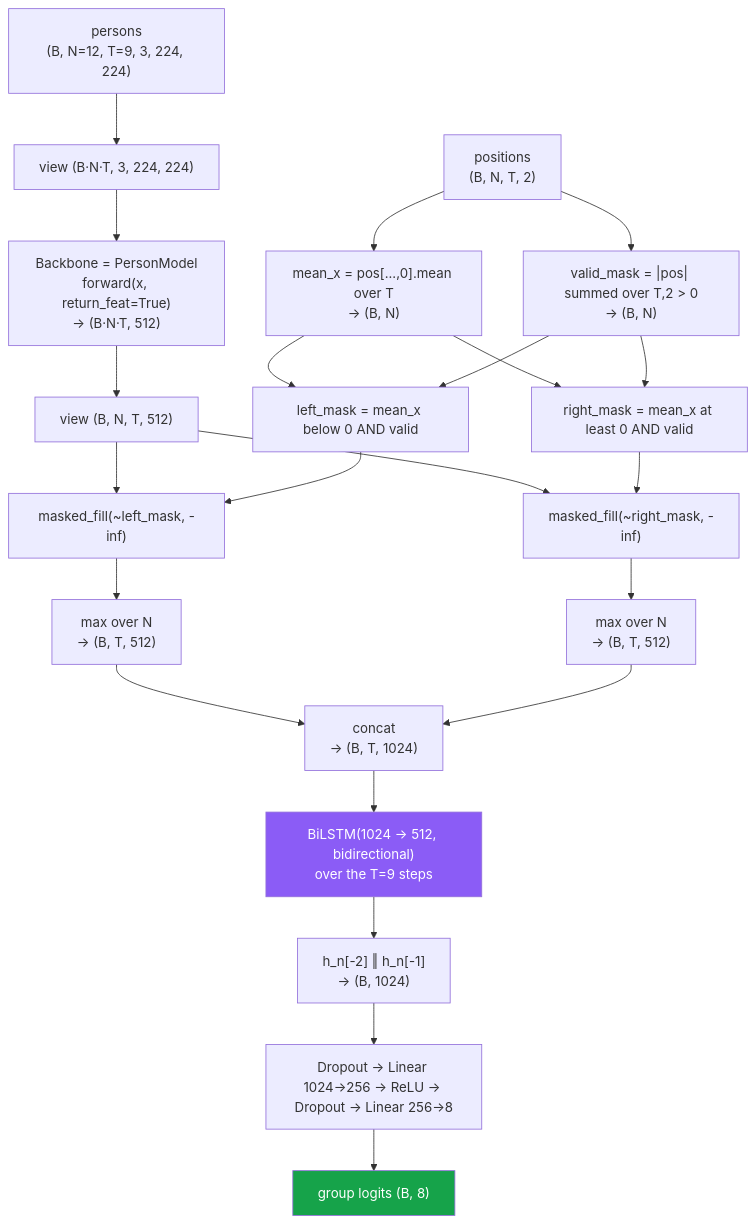
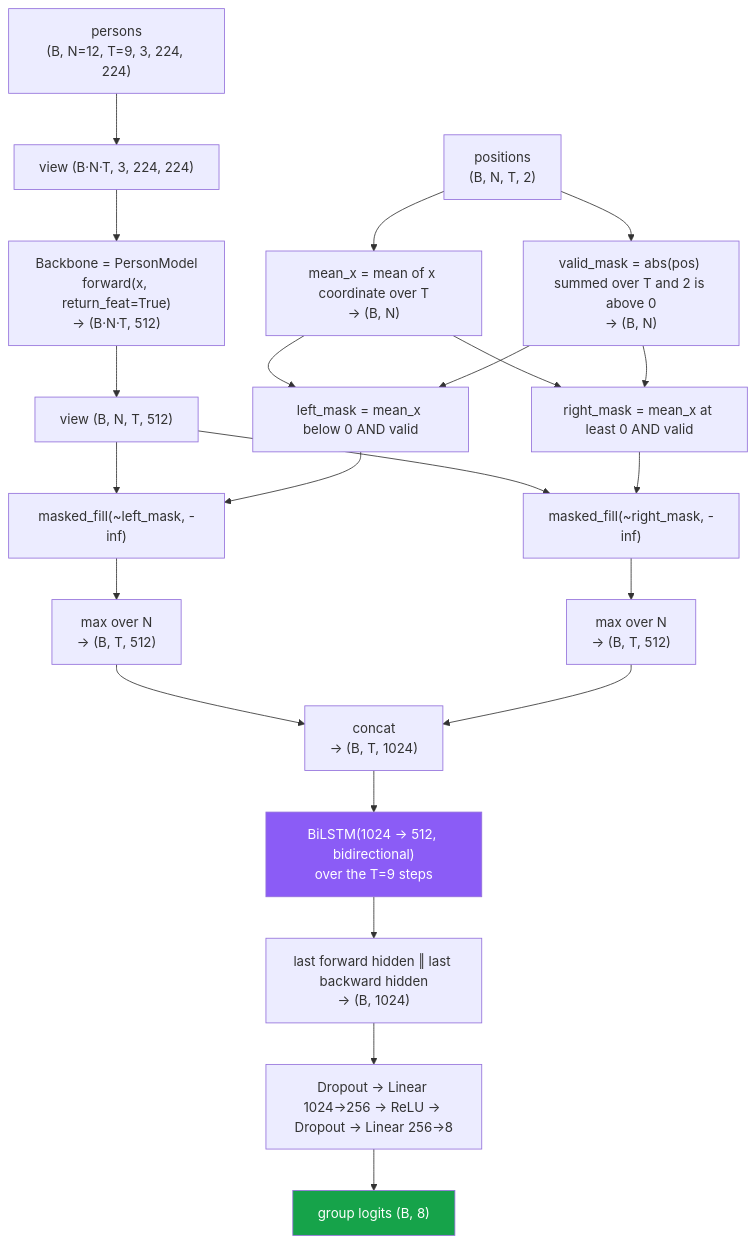
Before and after one commit to Abdo-Gamal/volleyball_project: diagram 15 of 23 in README.md, drawn with Mermaid. The commit also changed other lines of this file, not shown here.

````diff
--- a/README.md
+++ b/README.md
@@ -658,28 +658,28 @@
 ```mermaid
 flowchart TD
     X["persons<br/>(B, N=12, T=9, 3, 224, 224)"] --> F1["view (B·N·T, 3, 224, 224)"]
     F1 --> BB["Backbone = PersonModel<br/>forward(x, return_feat=True)<br/>→ (B·N·T, 512)"]
     BB --> F2["view (B, N, T, 512)"]
 
-    P["positions<br/>(B, N, T, 2)"] --> MX["mean_x = pos[...,0].mean over T<br/>→ (B, N)"]
-    P --> VM["valid_mask = |pos| summed over T,2 > 0<br/>→ (B, N)"]
+    P["positions<br/>(B, N, T, 2)"] --> MX["mean_x = mean of x coordinate over T<br/>→ (B, N)"]
+    P --> VM["valid_mask = abs(pos) summed over T and 2 is above 0<br/>→ (B, N)"]
     MX --> LM["left_mask = mean_x below 0 AND valid"]
     MX --> RM["right_mask = mean_x at least 0 AND valid"]
     VM --> LM
     VM --> RM
 
     F2 --> LF["masked_fill(~left_mask, -inf)"]
     F2 --> RF["masked_fill(~right_mask, -inf)"]
     LM --> LF
     RM --> RF
     LF --> LPOOL["max over N<br/>→ (B, T, 512)"]
     RF --> RPOOL["max over N<br/>→ (B, T, 512)"]
     LPOOL --> CAT["concat<br/>→ (B, T, 1024)"]
     RPOOL --> CAT
     CAT --> LSTM["BiLSTM(1024 → 512, bidirectional)<br/>over the T=9 steps"]
-    LSTM --> H["h_n[-2] ‖ h_n[-1]<br/>→ (B, 1024)"]
+    LSTM --> H["last forward hidden ‖ last backward hidden<br/>→ (B, 1024)"]
     H --> CLS["Dropout → Linear 1024→256 → ReLU → Dropout → Linear 256→8"]
     CLS --> OUT["group logits (B, 8)"]
     style LSTM fill:#8b5cf6,color:#fff
     style OUT fill:#16a34a,color:#fff
 ```
````
